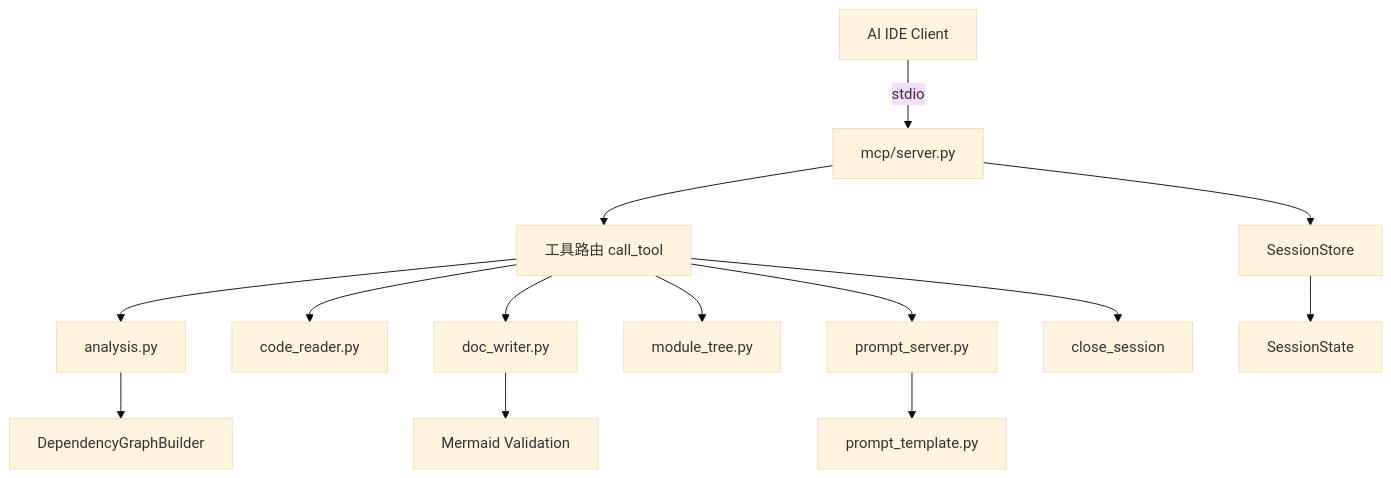
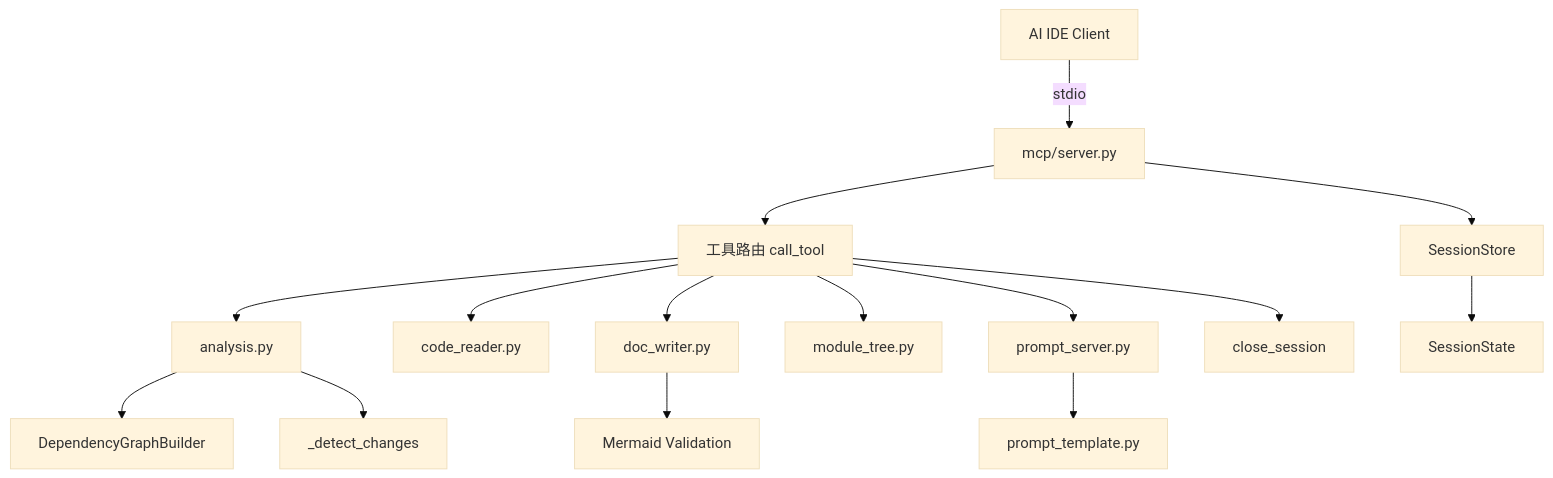
One commit to mambo-wang/CodeWiki-CN changed the first of 2 diagrams in repowiki/MCP 服务.md. Above: the diagram before and after it, drawn with Mermaid (base theme). The commit also changed other lines of this file and 6 other files, not shown here.

````diff
--- a/repowiki/MCP 服务.md
+++ b/repowiki/MCP 服务.md
@@ -9,19 +9,20 @@
 ```mermaid
 graph TD
     AI[AI IDE Client] -->|stdio| SRV[mcp/server.py]
     SRV --> TOOLS[工具路由 call_tool]
     SRV --> STORE[SessionStore]
     
     TOOLS --> A[analysis.py]
     TOOLS --> CR[code_reader.py]
     TOOLS --> DW[doc_writer.py]
     TOOLS --> MT[module_tree.py]
     TOOLS --> PS[prompt_server.py]
     TOOLS --> CS[close_session]
 
     STORE --> SS[SessionState]
     
     A --> DBG[DependencyGraphBuilder]
+    A --> DC[_detect_changes]
     DW --> MV[Mermaid Validation]
     PS --> PT[prompt_template.py]
 ```
````
